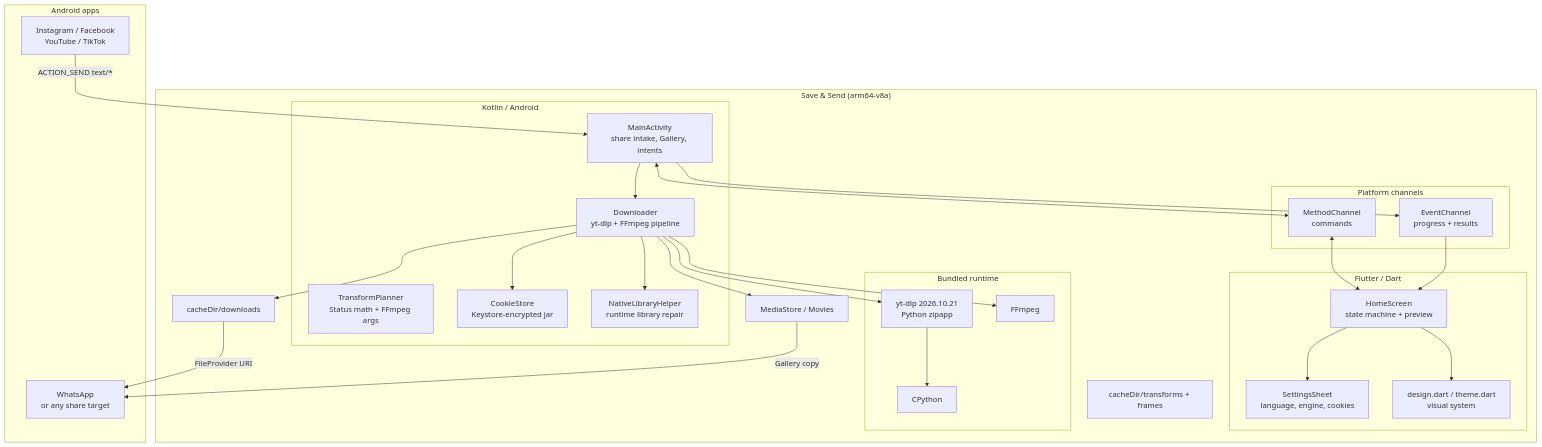
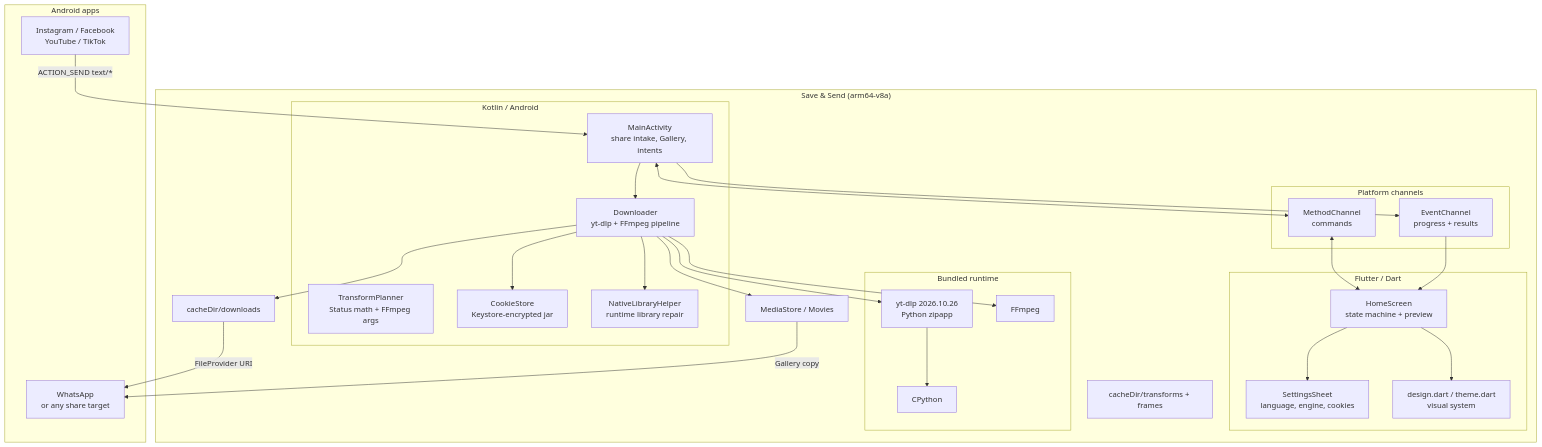
Before and after one commit to AdilSiddiquiHQ/save-and-send: the first of 2 diagrams in docs/ARCHITECTURE.md, drawn with Mermaid. The commit also changed other lines of this file and 25 other files, not shown here.

````diff
--- a/docs/ARCHITECTURE.md
+++ b/docs/ARCHITECTURE.md
@@ -9,56 +9,56 @@
 ```mermaid
 flowchart TB
     subgraph Android["Android apps"]
         Source["Instagram / Facebook<br/>YouTube / TikTok"]
         WhatsApp["WhatsApp<br/>or any share target"]
     end
 
     subgraph App["Save & Send (arm64-v8a)"]
         subgraph UI["Flutter / Dart"]
             Home["HomeScreen<br/>state machine + preview"]
             Settings["SettingsSheet<br/>language, engine, cookies"]
             Design["design.dart / theme.dart<br/>visual system"]
         end
 
         subgraph Bridge["Platform channels"]
             Methods["MethodChannel<br/>commands"]
             Events["EventChannel<br/>progress + results"]
         end
 
         subgraph Native["Kotlin / Android"]
             Activity["MainActivity<br/>share intake, Gallery, intents"]
             Downloader["Downloader<br/>yt-dlp + FFmpeg pipeline"]
             Planner["TransformPlanner<br/>Status math + FFmpeg args"]
             Cookies["CookieStore<br/>Keystore-encrypted jar"]
             Fixer["NativeLibraryHelper<br/>runtime library repair"]
         end
 
         subgraph Runtime["Bundled runtime"]
-            YTDLP["yt-dlp 2026.10.21<br/>Python zipapp"]
+            YTDLP["yt-dlp 2026.10.26<br/>Python zipapp"]
             Python["CPython"]
             FFmpeg["FFmpeg"]
         end
 
         MediaStore["MediaStore / Movies"]
         Cache["cacheDir/downloads"]
         Cache2["cacheDir/transforms + frames"]
     end
 
     Source -->|"ACTION_SEND text/*"| Activity
     Activity <--> Methods
     Activity --> Events
     Methods <--> Home
     Events --> Home
     Home --> Settings
     Home --> Design
     Activity --> Downloader
     Downloader --> YTDLP
     YTDLP --> Python
     Downloader --> FFmpeg
     Downloader --> Fixer
     Downloader --> Cache
     Downloader --> MediaStore
     Downloader --> Cookies
     Cache -->|"FileProvider URI"| WhatsApp
     MediaStore -->|"Gallery copy"| WhatsApp
 ```
````
